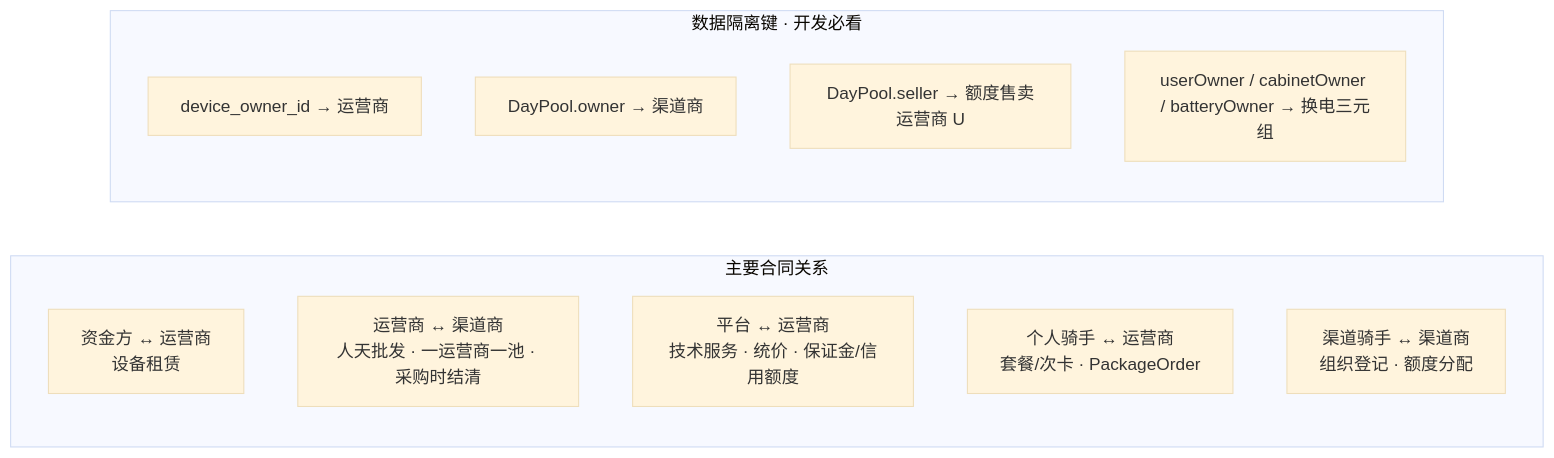
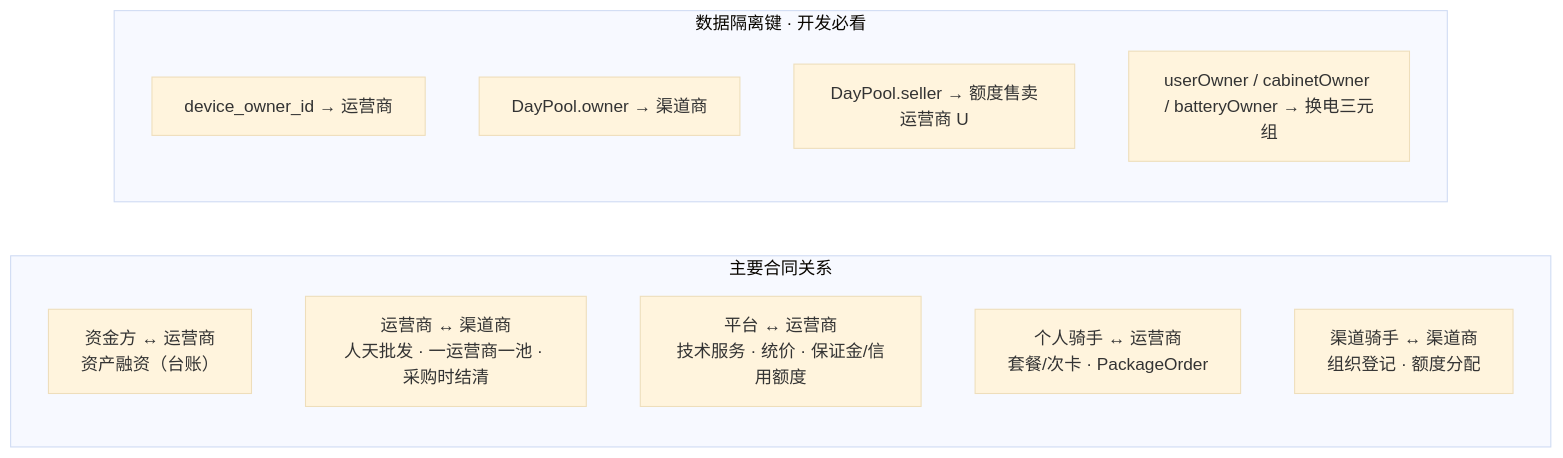
Before and after one commit to liudali/rider-swap-operator-prototype: the second of 5 diagrams in docs/业务整体预览图.md, drawn with Mermaid (base theme). The commit also changed other lines of this file and 54 other files, not shown here.

````diff
--- a/docs/业务整体预览图.md
+++ b/docs/业务整体预览图.md
@@ -96,17 +96,17 @@
 ```mermaid
 flowchart LR
   subgraph contracts [主要合同关系]
-    L1["资金方 ↔ 运营商<br/>设备租赁"]
+    L1["资金方 ↔ 运营商<br/>资产融资（台账）"]
     L2["运营商 ↔ 渠道商<br/>人天批发 · 一运营商一池 · 采购时结清"]
     L4["平台 ↔ 运营商<br/>技术服务 · 统价 · 保证金/信用额度"]
     L5["个人骑手 ↔ 运营商<br/>套餐/次卡 · PackageOrder"]
     L6["渠道骑手 ↔ 渠道商<br/>组织登记 · 额度分配"]
   end
 
   subgraph data_owner [数据隔离键 · 开发必看]
     D1["device_owner_id → 运营商"]
     D2["DayPool.owner → 渠道商"]
     D3["DayPool.seller → 额度售卖运营商 U"]
     D4["userOwner / cabinetOwner / batteryOwner → 换电三元组"]
   end
 ```
````
